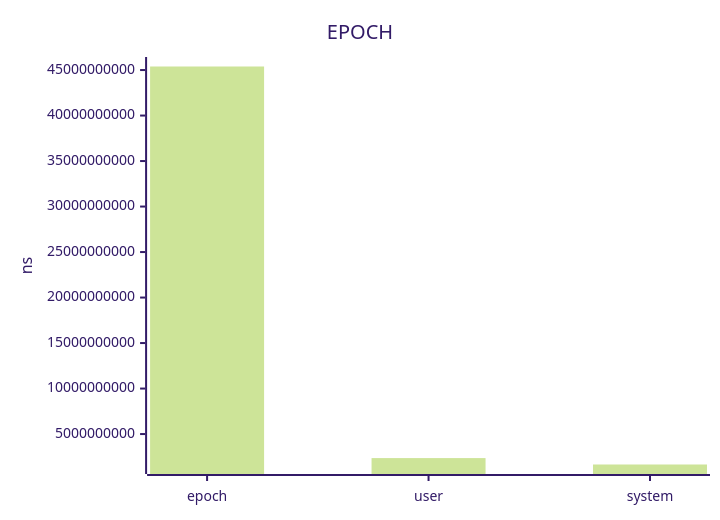
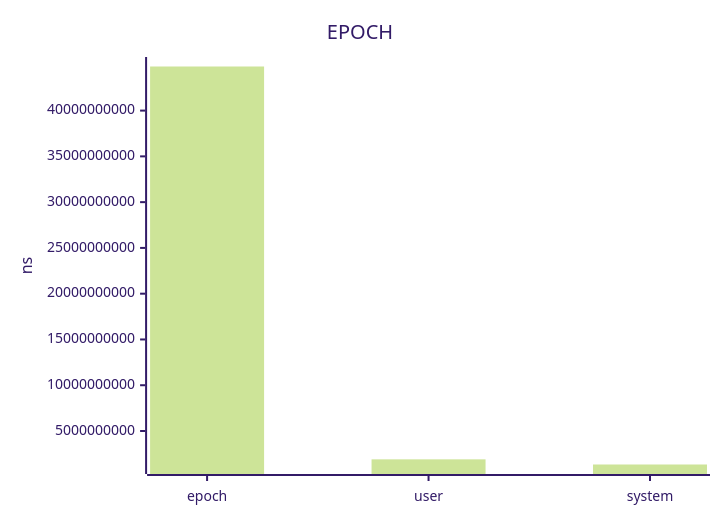
Before and after one commit to jrengmusic/whatdbg: the diagram in benchmark/smoke-report.md, drawn with Mermaid (forest theme). The commit also changed other lines of this file and 9 other files, not shown here.

````diff
--- a/benchmark/smoke-report.md
+++ b/benchmark/smoke-report.md
@@ -21,7 +24,7 @@
 ```mermaid
 xychart-beta
 title "EPOCH"
 x-axis ["epoch", "user", "system"]
 y-axis "ns"
-bar [45390179625.00000000000000000, 2358733000.00000000000000000, 1654281000.00000000000000000]
+bar [44817117041.66667175292968750, 1903499000.00000000000000000, 1340758000.00000000000000000]
 ```
````
